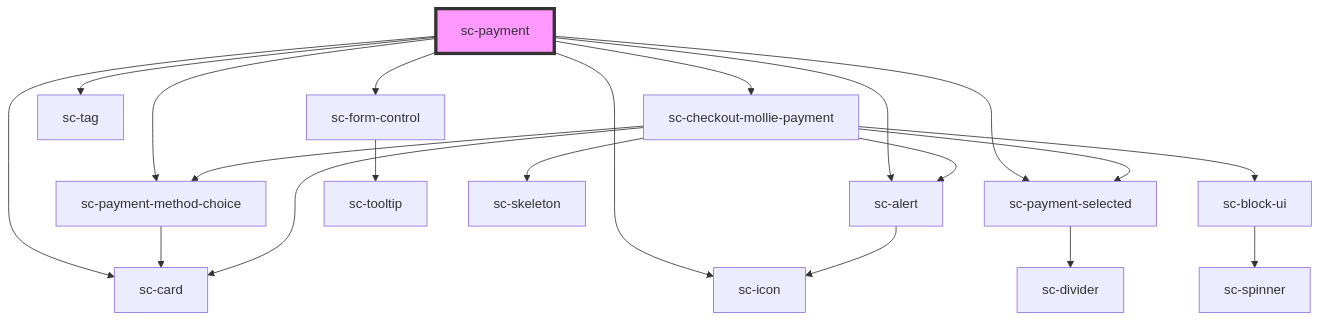
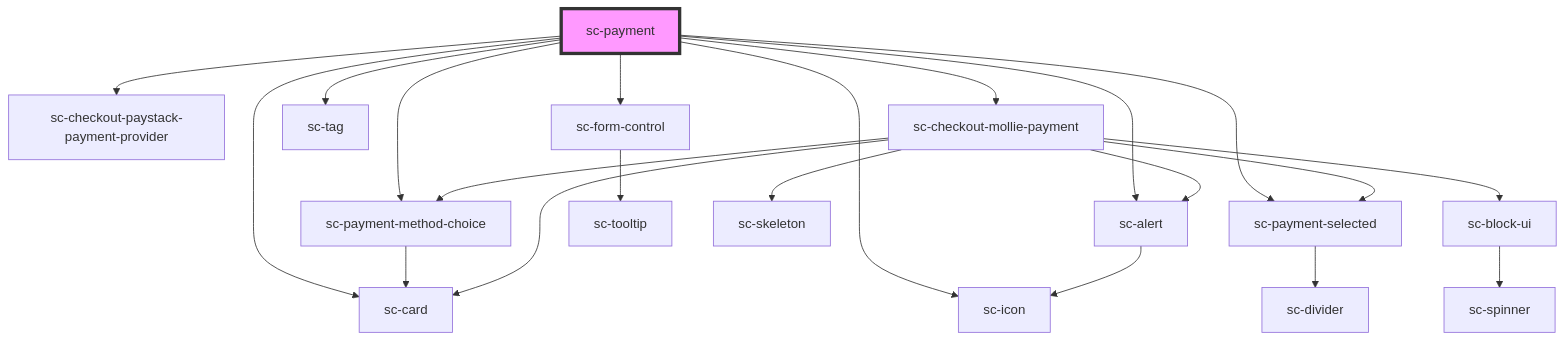
The diagram in packages/components/src/components/controllers/checkout-form/payment/readme.md (surecart/surecart-wp-plugin), drawn with Mermaid before and after one commit. The commit also changed other lines of this file and 27 other files, not shown here.

````diff
--- a/packages/components/src/components/controllers/checkout-form/payment/readme.md
+++ b/packages/components/src/components/controllers/checkout-form/payment/readme.md
@@ -45,23 +46,24 @@
 ```mermaid
 graph TD;
   sc-payment --> sc-payment-method-choice
   sc-payment --> sc-icon
   sc-payment --> sc-card
   sc-payment --> sc-payment-selected
+  sc-payment --> sc-checkout-paystack-payment-provider
   sc-payment --> sc-form-control
   sc-payment --> sc-tag
   sc-payment --> sc-checkout-mollie-payment
   sc-payment --> sc-alert
   sc-payment-method-choice --> sc-card
   sc-payment-selected --> sc-divider
   sc-form-control --> sc-tooltip
   sc-checkout-mollie-payment --> sc-card
   sc-checkout-mollie-payment --> sc-skeleton
   sc-checkout-mollie-payment --> sc-alert
   sc-checkout-mollie-payment --> sc-payment-method-choice
   sc-checkout-mollie-payment --> sc-payment-selected
   sc-checkout-mollie-payment --> sc-block-ui
   sc-alert --> sc-icon
   sc-block-ui --> sc-spinner
   style sc-payment fill:#f9f,stroke:#333,stroke-width:4px
 ```
````
